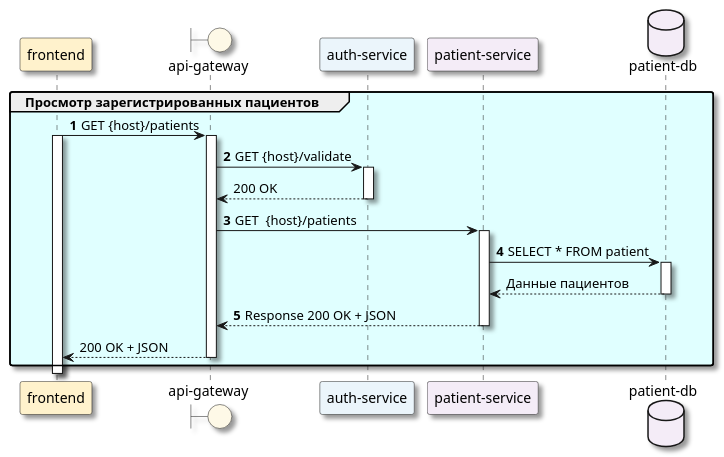
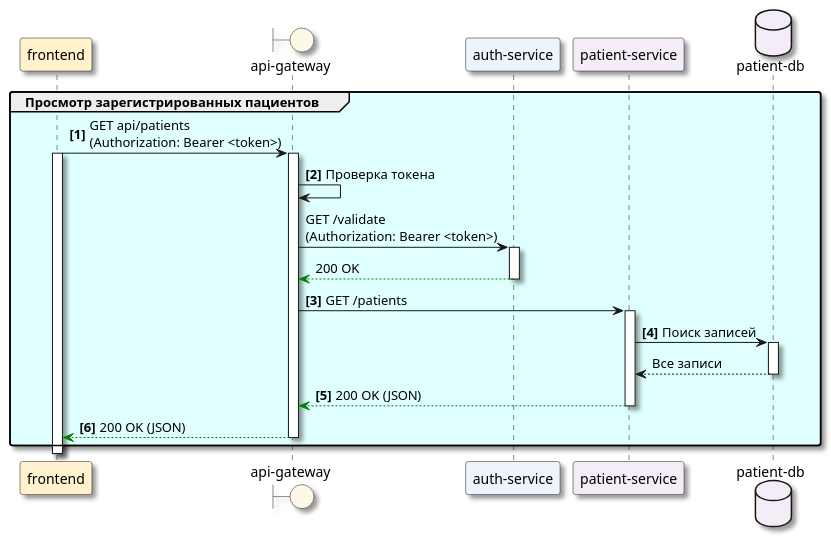
Before and after one commit to ni1a207/Healthcare-System: the diagram in Docs/As-is/Diagrams/ViewPatients.puml, drawn with PlantUML. The commit also changed 13 other files, not shown here.

```diff
--- a/Docs/As-is/Diagrams/ViewPatients.puml
+++ b/Docs/As-is/Diagrams/ViewPatients.puml
@@ -1,35 +1,36 @@
 @startuml
 skinparam Shadowing true
 skinparam RoundCorner 5
 skinparam MaxMessageSize 250
 participant "frontend" as FE #FFF2CC
 boundary "api-gateway" as GW #FEF9E7
 participant "auth-service" as Auth #EBF5FB
 participant "patient-service" as PS #F4ECF7
 database "patient-db" as DB #F4ECF7
-autonumber "<b>0</b>"
+autonumber "<b>[0]</b>"
 group #LightCyan Просмотр зарегистрированных пациентов
-    FE -> GW: GET {host}/patients
+    FE -> GW: GET api/patients\n(Authorization: Bearer <token>)
     activate FE #White
     activate GW
-    GW -> Auth: GET {host}/validate
+    GW -> GW: Проверка токена
+    autonumber stop
+    GW -> Auth: GET /validate\n(Authorization: Bearer <token>)
     activate Auth
     autonumber stop
-    Auth --> GW: 200 OK
+    Auth --[#green]> GW: 200 OK
     deactivate Auth
 autonumber resume
-    GW -> PS: GET  {host}/patients
+    GW -> PS: GET /patients
     activate PS
-PS->DB: SELECT * FROM patient
+PS->DB: Поиск записей
   activate DB
   autonumber stop
-DB-->PS: Данные пациентов
+DB-->PS: Все записи
 deactivate DB
 autonumber resume
-PS-->GW: Response 200 OK + JSON
+PS--[#green]>GW: 200 OK (JSON)
 deactivate PS
-autonumber stop
-GW-->FE: 200 OK + JSON
+GW--[#green]>FE: 200 OK (JSON)
 deactivate GW
   end
 @enduml
```
